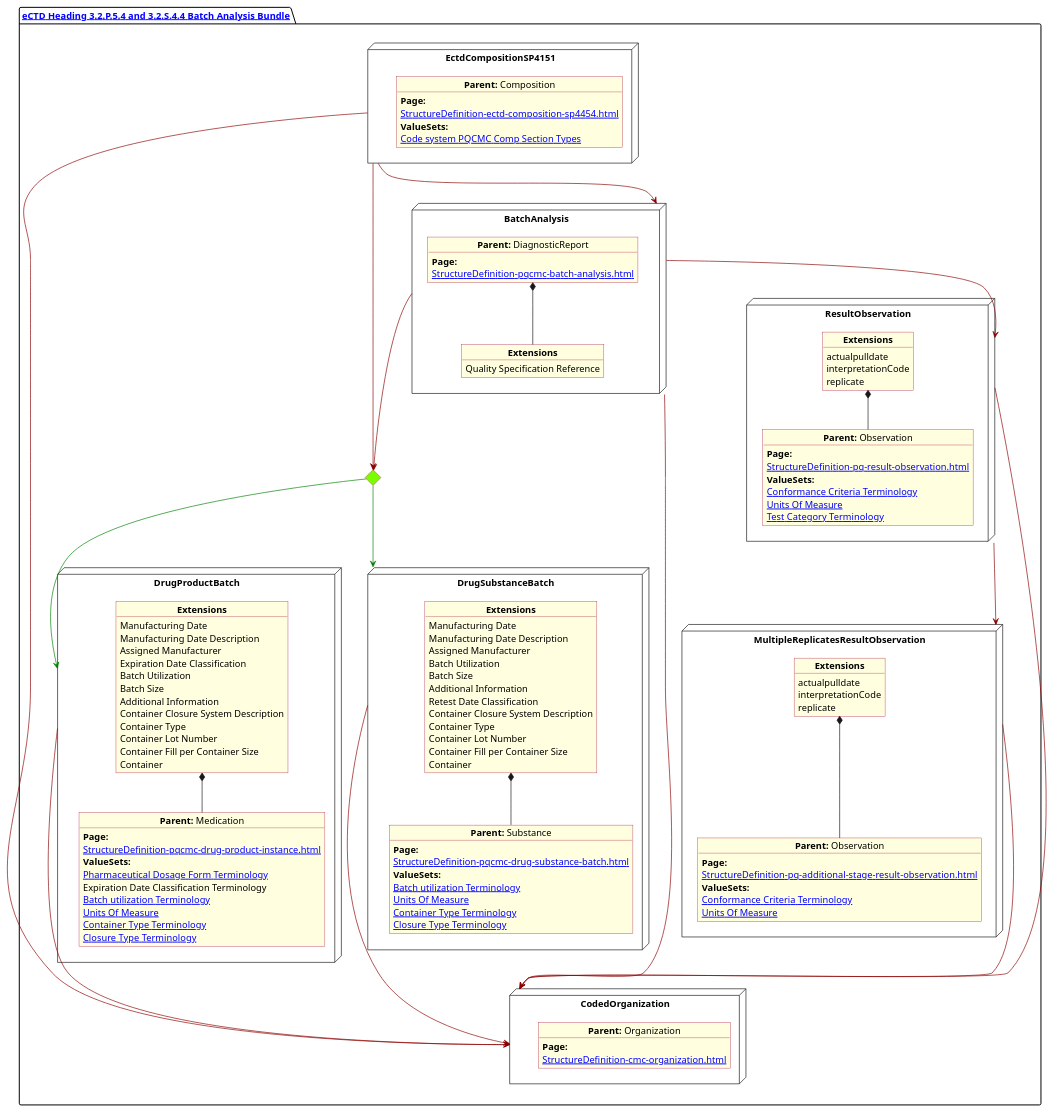
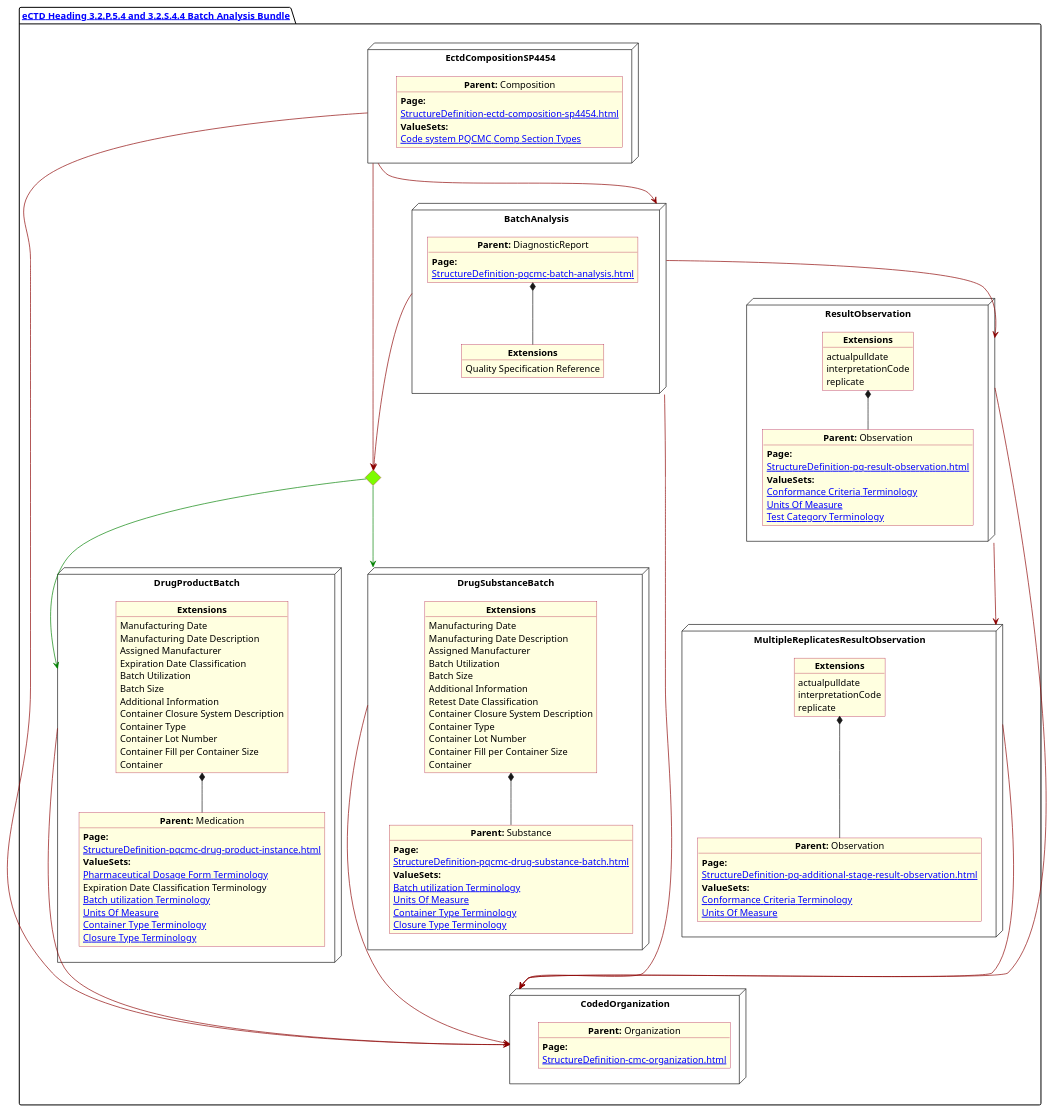
One commit to HL7/FHIR-us-pq-cmc-fda changed the diagram in input/images-source/BatchAnalysis.plantuml. Above: the diagram before and after it, drawn with PlantUML.

Commit message:
wrong composition name in sp4454 plantUML

```diff
--- a/input/images-source/BatchAnalysis.plantuml
+++ b/input/images-source/BatchAnalysis.plantuml
@@ -1,157 +1,157 @@
 @startuml BatchAnalysis
 allowmixing
 'Mixed model of use case and object
 skinparam svgDimensionStyle false
 skinparam ObjectBackgroundColor LightYellow
 skinparam ObjectBorderColor #A80036
 skinparam activityDiamondBorderColor #A80036
 skinparam activityDiamondBackgroundColor lawnGreen
 skinparam ClassBorderThickness 4
 
 
 package "[[StructureDefinition-cmc-ectd-document-sp4454.html eCTD Heading 3.2.P.5.4 and 3.2.S.4.4 Batch Analysis Bundle]]" as NODES {
   node "DrugProductBatch" as NN {
 
     object "**Parent:** Medication" as obj3 {
       **Page:**
       [[StructureDefinition-pqcmc-drug-product-instance.html]]
       **ValueSets:**
       [[ValueSet-spl-pharmaceutical-dosage-form-terminology.html Pharmaceutical Dosage Form Terminology]]
       Expiration Date Classification Terminology
       [[ValueSet-pqcmc-batch-utilization-terminology.html Batch utilization Terminology]]
       [[ValueSet-pqcmc-units-of-measure.html Units Of Measure]]
       [[ValueSet-pqcmc-container-type-terminology.html Container Type Terminology]]
       [[ValueSet-pqcmc-closure-type-terminology.html Closure Type Terminology]]
 
     }
 
     object "**Extensions**" as objExsBatch  {
       Manufacturing Date
       Manufacturing Date Description
       Assigned Manufacturer
       Expiration Date Classification
       Batch Utilization
       Batch Size
       Additional Information
       Container Closure System Description
       Container Type
       Container Lot Number
       Container Fill per Container Size
       Container
     }
     objExsBatch *-- obj3
   }
   node "BatchAnalysis" as N2 {
 
 
     object "**Parent:** DiagnosticReport" as obj2 {
       **Page:**
       [[StructureDefinition-pqcmc-batch-analysis.html]]
     }
     object "**Extensions**" as objQSEx {
       Quality Specification Reference
 
     }
     obj2 *-- objQSEx
   }
   node "CodedOrganization" as NSO {
 
     object "**Parent:** Organization" as objAu {
       **Page:**
       [[StructureDefinition-cmc-organization.html]]
       
     }
   }
   diamond CH
 
   node "DrugSubstanceBatch" as NNS {
 
     object "**Parent:** Substance" as obj4 {
       **Page:**
       [[StructureDefinition-pqcmc-drug-substance-batch.html]]
       **ValueSets:**
       [[ValueSet-pqcmc-batch-utilization-terminology.html Batch utilization Terminology]]
       [[ValueSet-pqcmc-units-of-measure.html Units Of Measure]]
       [[ValueSet-pqcmc-container-type-terminology.html Container Type Terminology]]
       [[ValueSet-pqcmc-closure-type-terminology.html Closure Type Terminology]]
     }
     object "**Extensions**" as objExs2 {
       Manufacturing Date
       Manufacturing Date Description
       Assigned Manufacturer
       Batch Utilization
       Batch Size
       Additional Information
       Retest Date Classification
       Container Closure System Description
       Container Type
       Container Lot Number
       Container Fill per Container Size
       Container
     }
 
     objExs2 *-- obj4
   }
 
   node "ResultObservation" as NNOBS {
 
     object "**Parent:** Observation" as observ3 {
       **Page:**
       [[StructureDefinition-pq-result-observation.html]]
       **ValueSets:**
       [[ValueSet-pqcmc-conformance-to-criteria-terminology.html Conformance Criteria Terminology]]
       [[ValueSet-pqcmc-units-of-measure.html Units Of Measure]]
       [[ValueSet-pqcmc-test-category-terminology.html Test Category Terminology]]
     }
     object "**Extensions**" as objExsObserv  {
       actualpulldate
       interpretationCode
       replicate
     }
     objExsObserv *-- observ3
   }
 
   node "MultipleReplicatesResultObservation" as NNstage {
 
     object "**Parent:** Observation" as observS {
       **Page:**
       [[StructureDefinition-pq-additional-stage-result-observation.html]]
       **ValueSets:**
       [[ValueSet-pqcmc-conformance-to-criteria-terminology.html Conformance Criteria Terminology]]
       [[ValueSet-pqcmc-units-of-measure.html Units Of Measure]]
     }
     object "**Extensions**" as objExsStageObs  {
       actualpulldate
       interpretationCode
       replicate
     }
 
     objExsStageObs *-- observS
   }
 
-  node "EctdCompositionSP4151" as N1 {
+  node "EctdCompositionSP4454" as N1 {
 
     object "**Parent:** Composition" as obj1 {
       **Page:**
       [[StructureDefinition-ectd-composition-sp4454.html]]
       **ValueSets:**
       [[ValueSet-cmc-comp-section-types-vs.html Code system PQCMC Comp Section Types]]
     }
   }
 
 
   N1 -[#darkred]-> CH
   N1 -[#darkred]--> N2
   N1 -[#darkred]--> NSO
   CH -[#green]-> NNS
   CH -[#green]-> NN
   NNS -[#darkred]--> NSO
   NN -[#darkred]--> NSO
   N2 -[#darkred]--> CH
   N2 -[#darkred]--> NSO
   N2 -[#darkred]-> NNOBS
   NNOBS -[#darkred]--> NSO
   NNOBS -[#darkred]--> NNstage
   NNstage -[#darkred]--> NSO
 }
 @enduml
```
